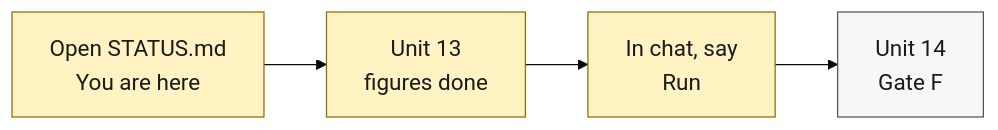
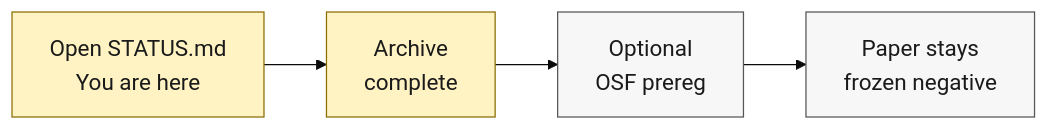
Before and after one commit to cauld/scendo: the diagram in docs/diagrams/what-to-run.mmd, drawn with Mermaid. The commit also changed 21 other files, not shown here.

```diff
--- a/docs/diagrams/what-to-run.mmd
+++ b/docs/diagrams/what-to-run.mmd
@@ -1,10 +1,10 @@
 %%{init: {"theme": "base", "themeVariables": {"fontSize": "18px", "fontFamily": "Helvetica, Arial, sans-serif"}} }%%
 flowchart LR
-  A["Open STATUS.md<br/>You are here"] --> B["Unit 13<br/>figures done"]
-  B --> C["In chat, say<br/>Run"]
-  C --> D["Unit 14<br/>Gate F"]
+  A["Open STATUS.md<br/>You are here"] --> B["Archive<br/>complete"]
+  B --> C["Optional<br/>OSF prereg"]
+  C --> D["Paper stays<br/>frozen negative"]
 
   classDef now fill:#FFF3C4,stroke:#8A6D00,color:#1A1A1A
   classDef step fill:#F7F7F7,stroke:#555555,color:#1A1A1A
-  class A,B,C now
-  class D step
+  class A,B now
+  class C,D step
```
